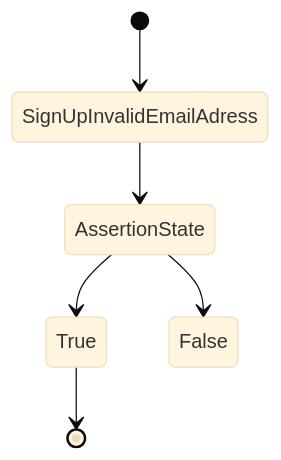
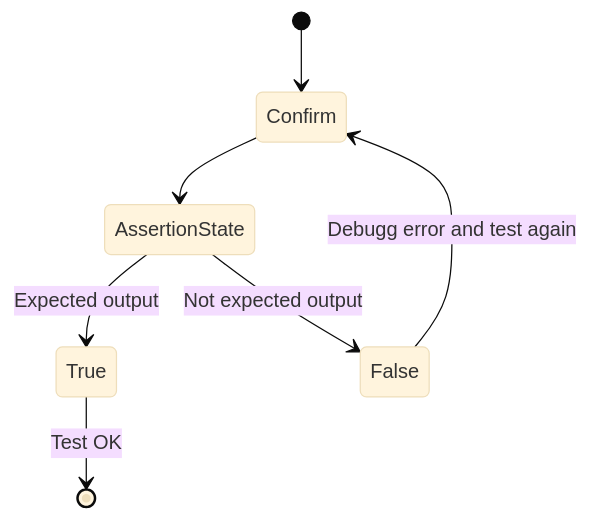
Before and after one commit to Emsaso/GetNews: the ninth of 12 diagrams in model/TestModel.md, drawn with Mermaid (base theme). The commit also changed other lines of this file, not shown here.

````diff
--- a/model/TestModel.md
+++ b/model/TestModel.md
@@ -171,10 +177,11 @@
 ```mermaid
 stateDiagram-v2
-    [*] --> SignUpInvalidEmailAdress
-        SignUpInvalidEmailAdress --> AssertionState
+    [*] --> Confirm
+        Confirm --> AssertionState
         
-        AssertionState --> True
-        AssertionState --> False
-        True --> [*]
-        False
+        AssertionState --> True:Expected output
+        AssertionState --> False:Not expected output
+        
+        True --> [*]:Test OK
+        False --> Confirm:Debugg error and test again
 ```
````
